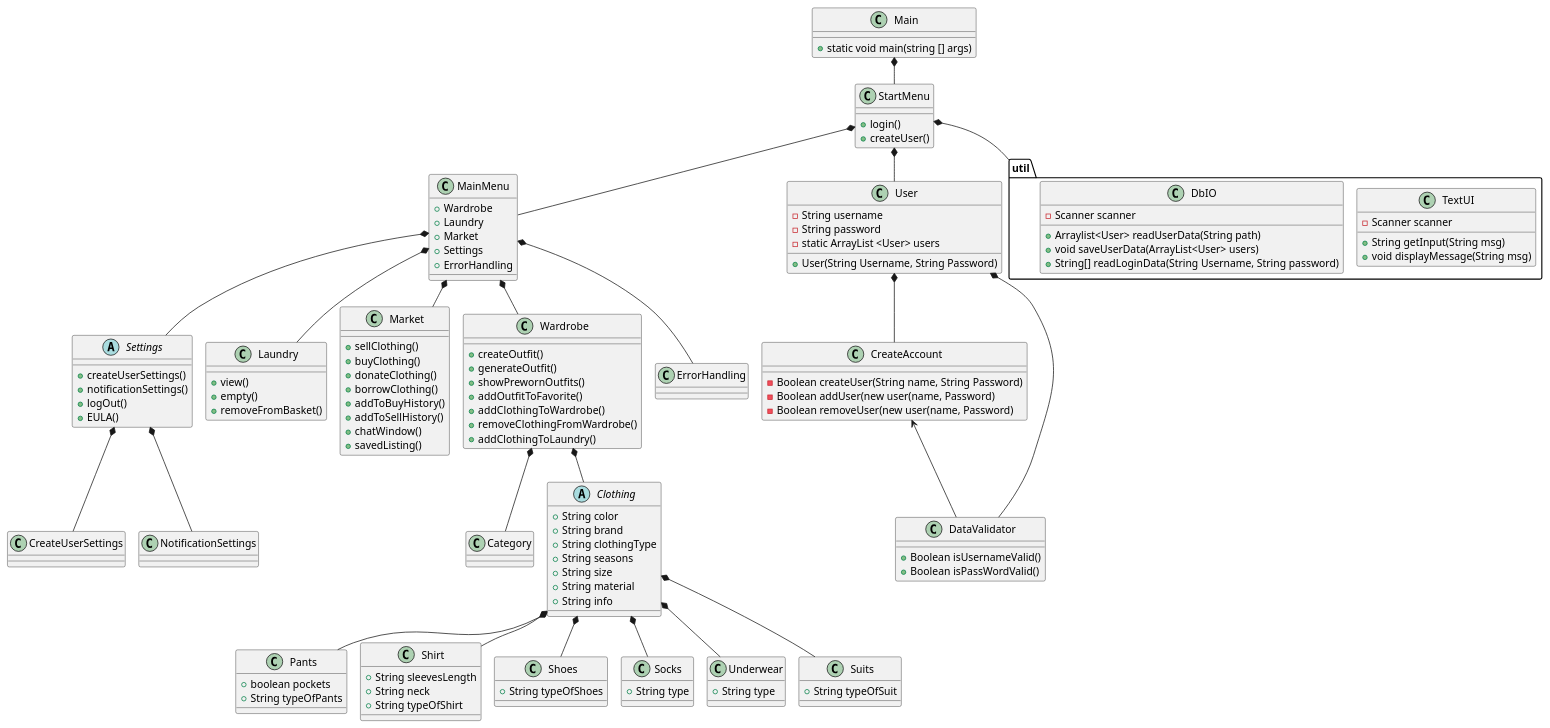
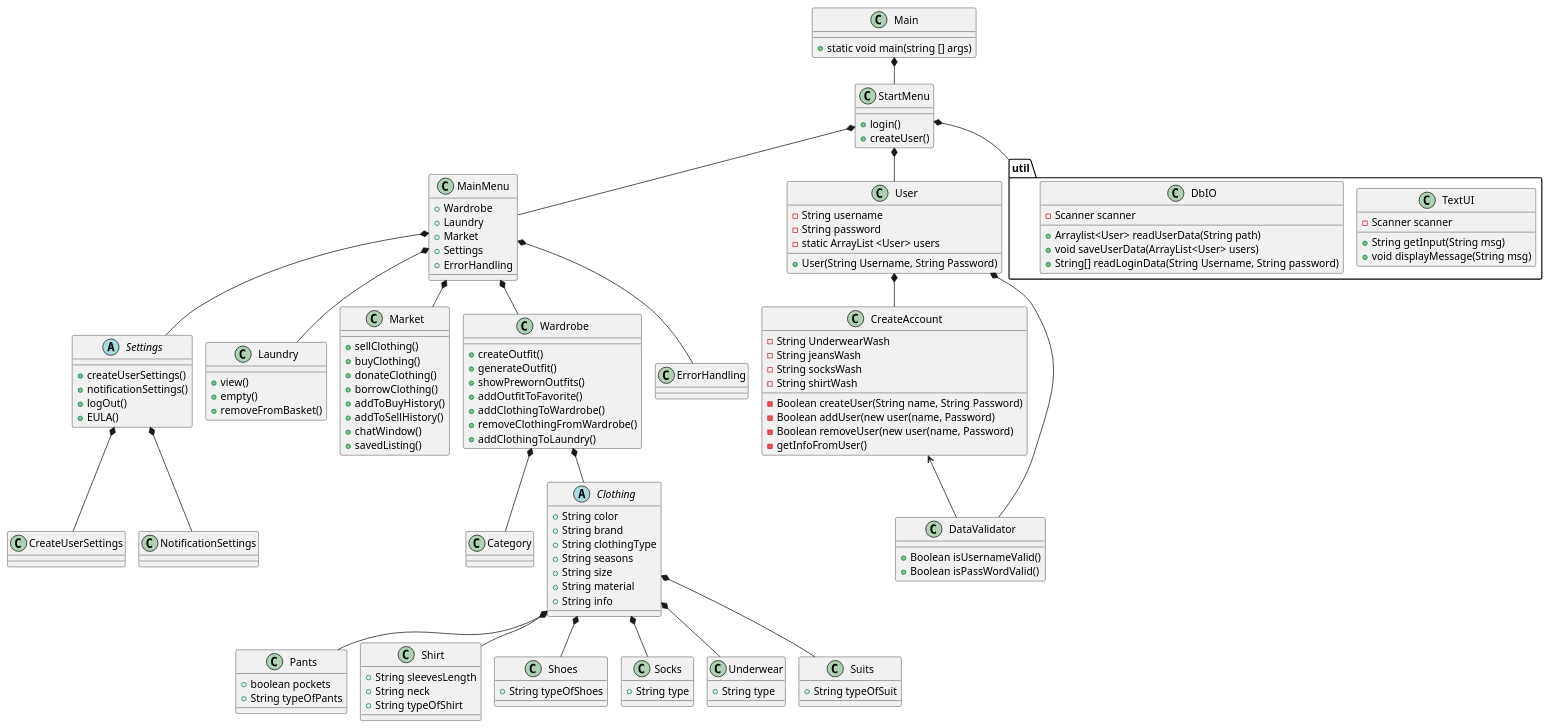
One commit to PatrickPlease/ICE-Please changed the diagram in doc/static/ClassDiagram.puml. Above: the diagram before and after it, drawn with PlantUML. The commit also changed 2 other files, not shown here.

```diff
--- a/doc/static/ClassDiagram.puml
+++ b/doc/static/ClassDiagram.puml
@@ -1,153 +1,156 @@
 @startuml
 'Domænemodellen giver nye entity klasser
 'Pakker, model og util
 !pragma layout smetana
 
 class Main
 class StartMenu
 class MainMenu
 
 class CreateAccount
 class User
 class DataValidator
 
 Abstract Settings
 
 class Laundry
 class Market
 class Wardrobe
 class ErrorHandling
 class Category
 
 class CreateUserSettings
 class NotificationSettings
 
 Abstract Clothing
 class Pants
 class Shirt
 class Shoes
 class Socks
 class Underwear
 class Suits
 
 package "util"{
        class TextUI
        class DbIO
        }
 Main *-- StartMenu
 StartMenu *-- MainMenu
 MainMenu *-- Settings
 MainMenu *-- Laundry
 MainMenu *-- Market
 MainMenu *-- Wardrobe
 MainMenu *-- ErrorHandling
 Wardrobe *-- Category
 
 User *-- DataValidator
 CreateAccount <-- DataValidator
 User *-- CreateAccount
 Settings *-- CreateUserSettings
 Settings *-- NotificationSettings
 Wardrobe *-- Clothing
 Clothing *-- Shoes
 Clothing *-- Shirt
 Clothing *-- Pants
 Clothing *-- Socks
 Clothing *-- Underwear
 Clothing *-- Suits
 
 StartMenu *-- util
 StartMenu *-- User
 
 StartMenu : + login()
 StartMenu : + createUser()
 
 MainMenu : + Wardrobe
 MainMenu : + Laundry
 MainMenu : + Market
 MainMenu : + Settings
 MainMenu : + ErrorHandling
 
 Clothing : + String color
 Clothing : + String brand
 Clothing : + String clothingType
 Clothing : + String seasons
 Clothing : + String size
 Clothing : + String material
 Clothing : + String info
 
 Shoes : + String typeOfShoes
 
 Shirt : + String sleevesLength
 Shirt : + String neck
 Shirt : + String typeOfShirt
 
 Suits : + String typeOfSuit
 
 Pants : + boolean pockets
 Pants : + String typeOfPants
 
 Socks : + String type
 
 Underwear : + String type
 
 Market : + sellClothing()
 Market : + buyClothing()
 Market : + donateClothing()
 Market : + borrowClothing()
 Market : + addToBuyHistory()
 Market : + addToSellHistory()
 Market : + chatWindow()
 Market : + savedListing()
 
 Wardrobe : + createOutfit()
 Wardrobe : + generateOutfit()
 Wardrobe : + showPrewornOutfits()
 Wardrobe : + addOutfitToFavorite()
 Wardrobe : + addClothingToWardrobe()
 Wardrobe : + removeClothingFromWardrobe()
 Wardrobe : + addClothingToLaundry()
 
 Settings : + createUserSettings()
 Settings : + notificationSettings()
 Settings : + logOut()
 Settings : + EULA()
 
 Laundry : + view()
 Laundry : + empty()
 Laundry : + removeFromBasket()
 
 
 Main : + static void main(string [] args)
 
 User : - String username
 User : - String password
 User : - static ArrayList <User> users
 
 
 User : + User(String Username, String Password)
 
 
 DataValidator : + Boolean isUsernameValid()
 DataValidator : + Boolean isPassWordValid()
 '-----------
 
 CreateAccount : - Boolean createUser(String name, String Password)
 CreateAccount : - Boolean addUser(new user(name, Password)
 CreateAccount : - Boolean removeUser(new user(name, Password)
-
-
+CreateAccount : - String UnderwearWash
+CreateAccount : - String jeansWash
+CreateAccount : - String socksWash
+CreateAccount : - String shirtWash
+CreateAccount : - getInfoFromUser()
 DbIO : - Scanner scanner
 
 '---_new-----
 DbIO : + Arraylist<User> readUserData(String path)
 DbIO : + void saveUserData(ArrayList<User> users)
 DbIO : + String[] readLoginData(String Username, String password)
 
 '-----------
 
 TextUI : + String getInput(String msg)
 TextUI : - Scanner scanner
 TextUI : + void displayMessage(String msg)
 
 @enduml
```
